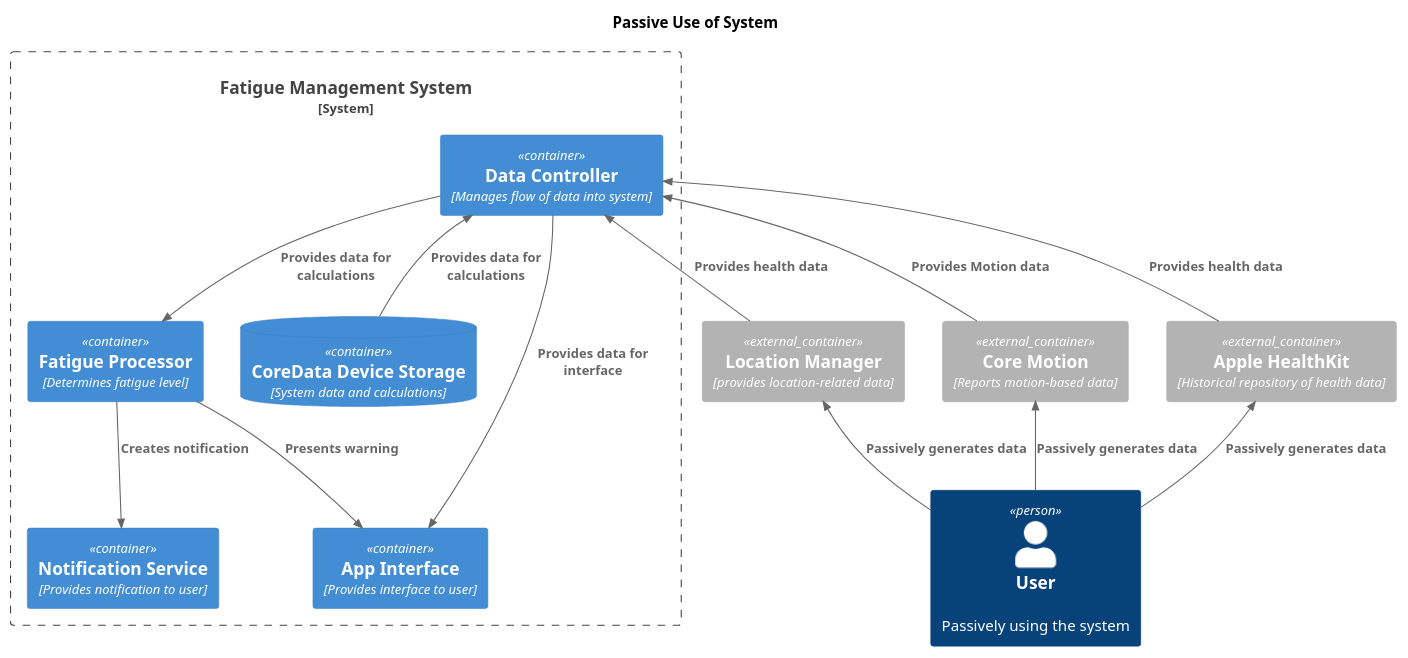
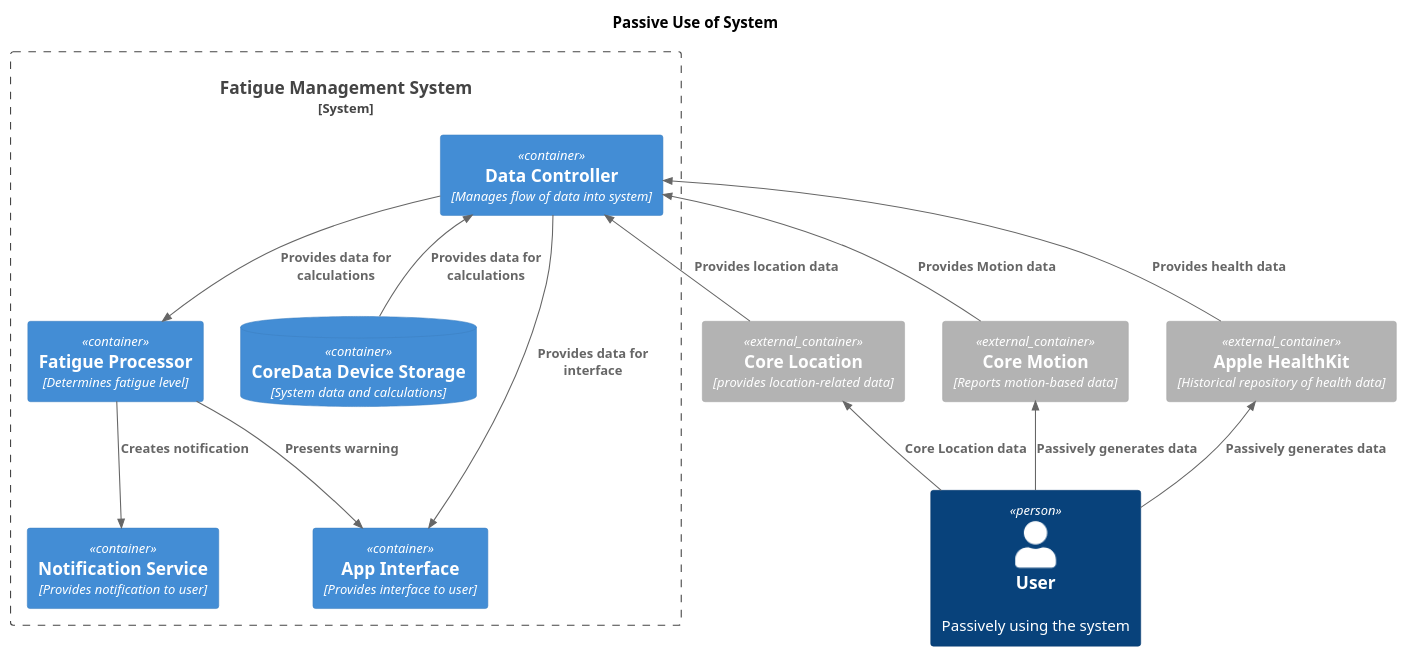
Before and after one commit to VC-658-Team/VC-658: the diagram in diagrams/container/container-diagram-passive.puml, drawn with PlantUML. The commit also changed 3 other files, not shown here.

Commit message:
updating diagrams

```diff
--- a/diagrams/container/container-diagram-passive.puml
+++ b/diagrams/container/container-diagram-passive.puml
@@ -1,39 +1,39 @@
 @startuml Container-diagram-Passive-Input
 !include  https://raw.githubusercontent.com/plantuml-stdlib/C4-PlantUML/master/C4_Container.puml
 
 title "Passive Use of System"
 
 
 Person(user, "User", "Passively using the system")
 
 System_Boundary(systemCont, "Fatigue Management System") {
     Container(app, "App Interface", "Provides interface to user") 
     Container(data, "Data Controller", "Manages flow of data into system")
     Container(fatigueProc, "Fatigue Processor", "Determines fatigue level")
     Container(notifications, "Notification Service", "Provides notification to user")
     ContainerDb(coreData, "CoreData Device Storage", "System data and calculations")
 }
 
 Container_Ext(healthkit, "Apple HealthKit", "Historical repository of health data")
 Container_Ext(coreMotion, "Core Motion", "Reports motion-based data")
-Container_Ext(locationMgr, "Location Manager", "provides location-related data")
+Container_Ext(coreLocation, "Core Location", "provides location-related data")
 
 ' Internal relations
 Rel_U(data, app, "Provides data for interface")
 Rel(data, fatigueProc, "Provides data for calculations")
 Rel(fatigueProc, notifications, "Creates notification")
 Rel(fatigueProc, app, "Presents warning")
 Rel_U(coreData, data, "Provides data for calculations")
 
 
 ' External relations
 Rel_U(user, healthkit, "Passively generates data")
 Rel_U(user, coreMotion, "Passively generates data")
-Rel_U(user, locationMgr, "Passively generates data")
+Rel_U(user, coreLocation, "Core Location data")
 Rel_U(healthkit, data, "Provides health data")
 Rel_U(coreMotion, data, "Provides Motion data")
-Rel_U(locationMgr, data, "Provides health data")
+Rel_U(coreLocation, data, "Provides location data")
 
 
 
 @enduml
```
